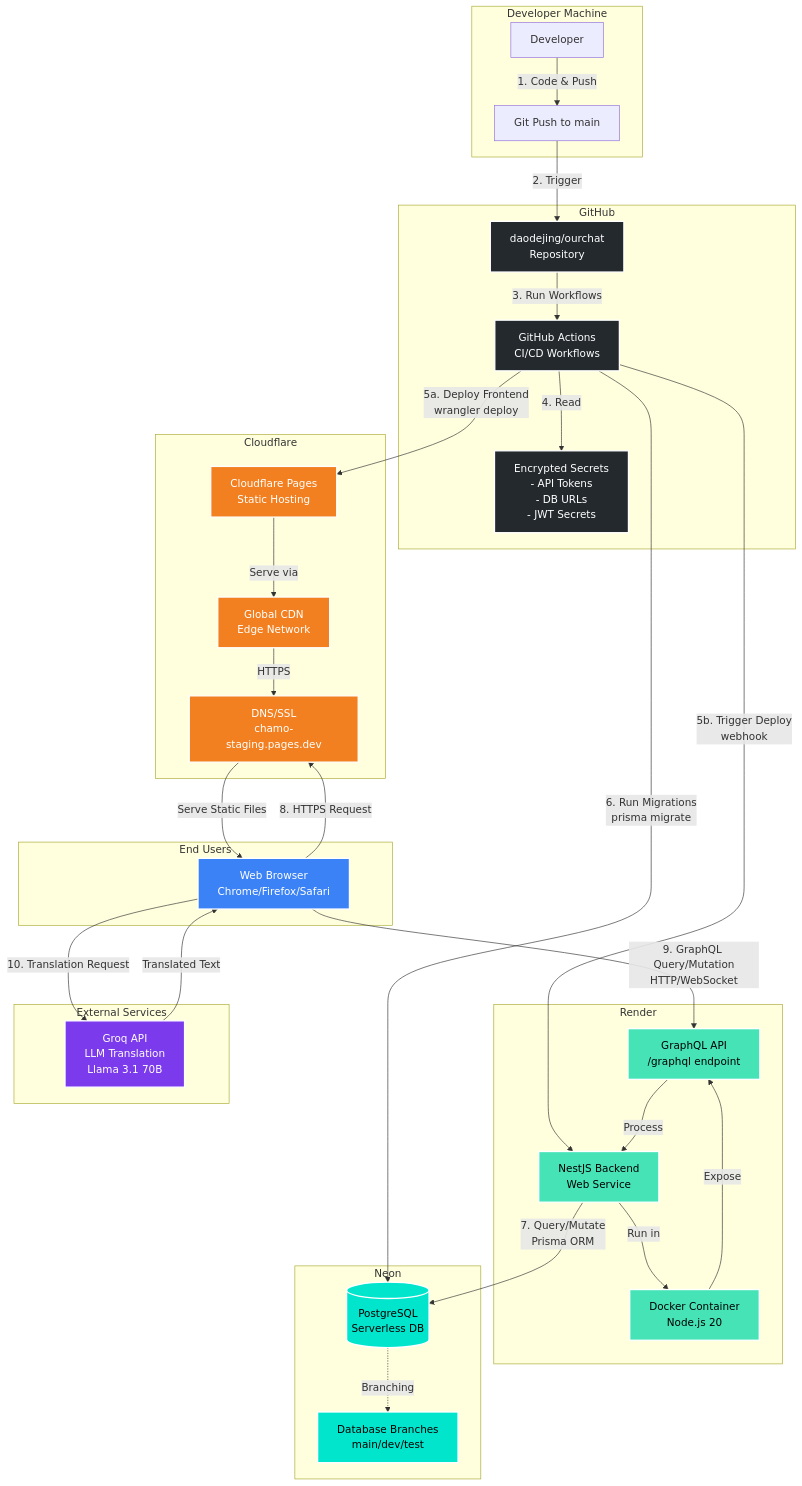
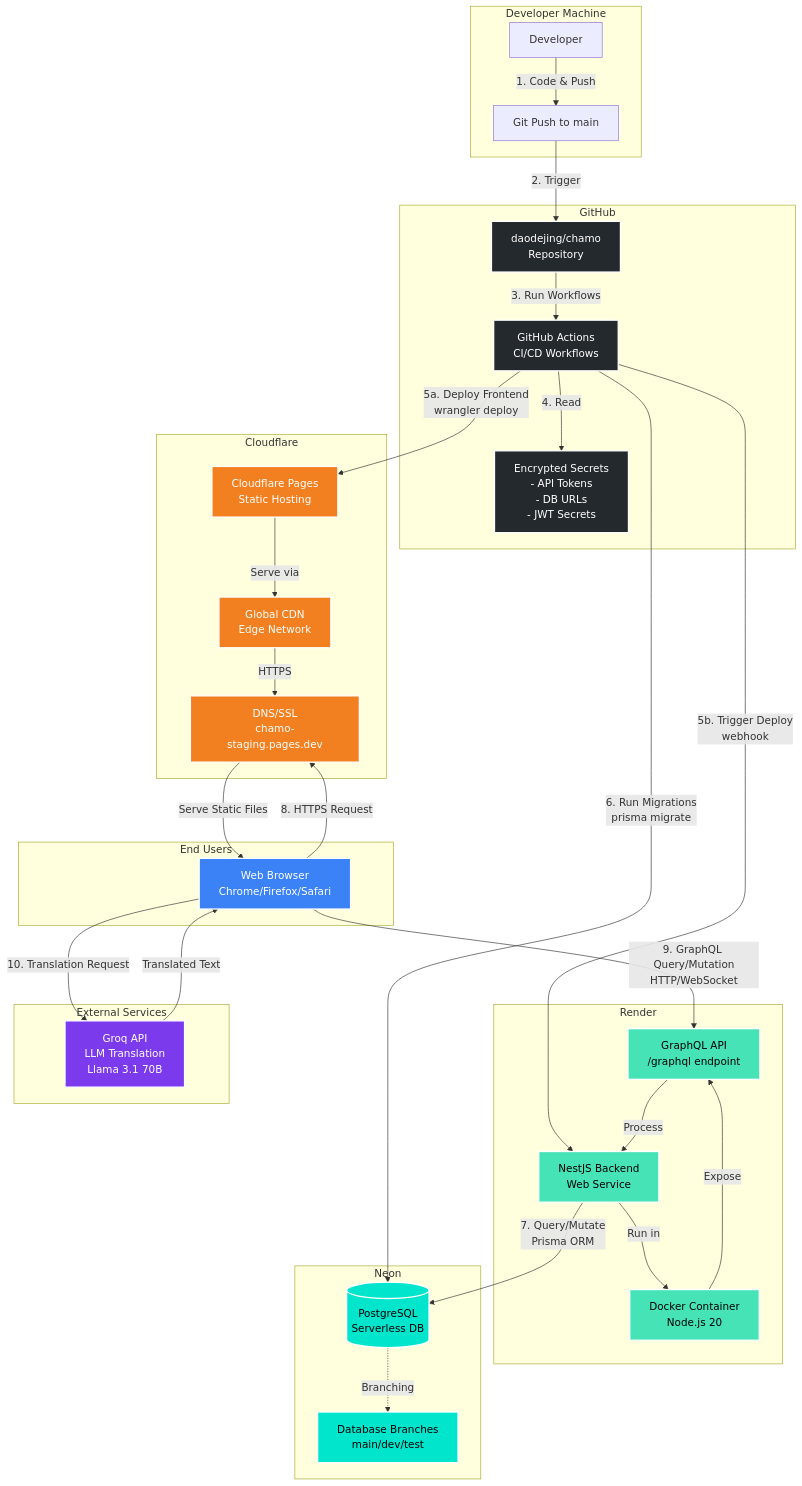
Before and after one commit to daodejing/chamo: the diagram in docs/DEPLOYMENT_SETUP.md, drawn with Mermaid. The commit also changed other lines of this file and 1 other file, not shown here.

First line of the commit message:
Complete repository rename from ourchat to chamo

```diff
--- a/docs/DEPLOYMENT_SETUP.md
+++ b/docs/DEPLOYMENT_SETUP.md
@@ -14,7 +14,7 @@
     end
 
     subgraph "GitHub"
-        Repo[daodejing/ourchat<br/>Repository]
+        Repo[daodejing/chamo<br/>Repository]
         Actions[GitHub Actions<br/>CI/CD Workflows]
         Secrets[Encrypted Secrets<br/>- API Tokens<br/>- DB URLs<br/>- JWT Secrets]
     end
```
